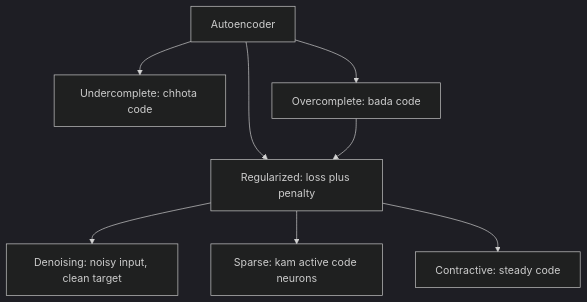
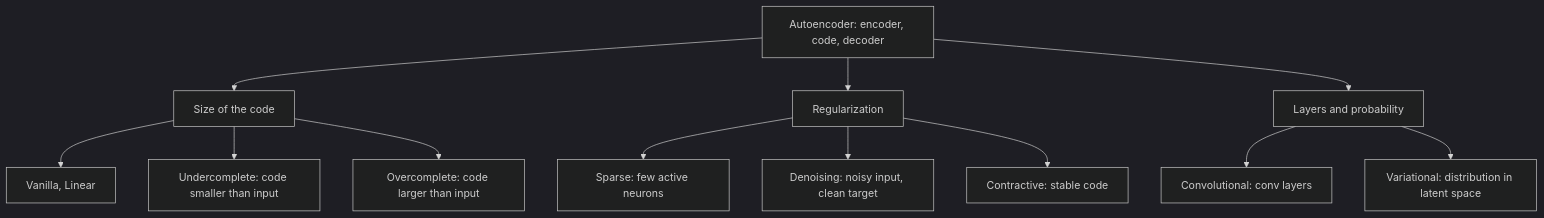
The second of 4 diagrams in content/deep-learning/notes/autoencoders.hi.mdx (TrendySloth1001/sem-seven-notes), drawn with Mermaid (dark theme) before and after one commit. The commit also changed other lines of this file and 254 other files, not shown here.

Commit message:
Rewrite the backpropagation, gradient descent, regularization and autoencoder notes and their 29 answers from the teachers' class files. They use 185 teacher figures with class-notes citations only, and correct the AdaGrad, RMSProp, Nesterov and batch-norm numbers on the slides.

````diff
--- a/content/deep-learning/notes/autoencoders.hi.mdx
+++ b/content/deep-learning/notes/autoencoders.hi.mdx
@@ -235,11 +247,15 @@
 ```mermaid
-%% caption: Syllabus ki autoencoder family. Undercomplete type code size se control hota hai; baaki regularized hain aur bada code use kar sakte hain.
+%% caption: Nau autoencoder types is hisaab se group kiye gaye ki kya badla gaya hai. Basic design same hai; sirf code ya input par constraint badalta hai.
 flowchart TD
-  A["Autoencoder"] --> U["Undercomplete: chhota code"]
-  A --> O["Overcomplete: bada code"]
-  A --> RG["Regularized: loss plus penalty"]
-  O --> RG
-  RG --> DN["Denoising: noisy input, clean target"]
-  RG --> SP["Sparse: kam active code neurons"]
-  RG --> CT["Contractive: steady code"]
+  A["Autoencoder: encoder, code, decoder"] --> B["Size of the code"]
+  A --> C["Regularization"]
+  A --> D["Layers and probability"]
+  B --> B1["Vanilla, Linear"]
+  B --> B2["Undercomplete: code smaller than input"]
+  B --> B3["Overcomplete: code larger than input"]
+  C --> C1["Sparse: few active neurons"]
+  C --> C2["Denoising: noisy input, clean target"]
+  C --> C3["Contractive: stable code"]
+  D --> D1["Convolutional: conv layers"]
+  D --> D2["Variational: distribution in latent space"]
 ```
````
